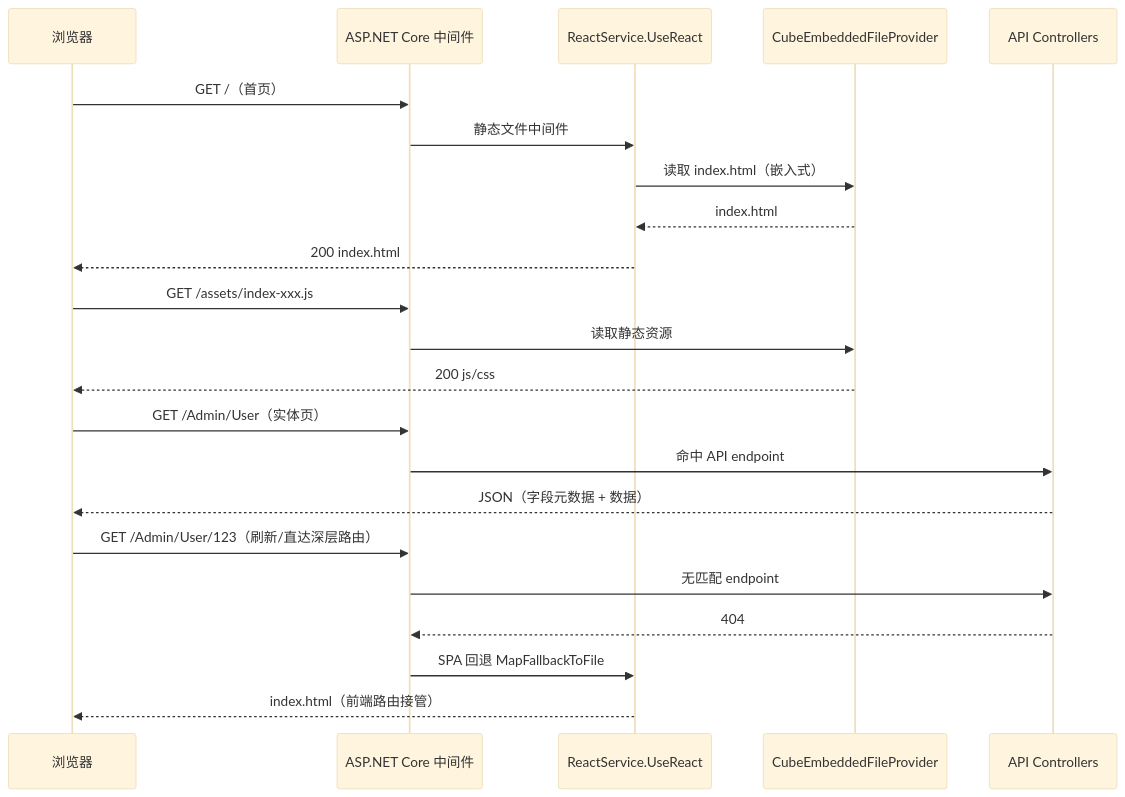
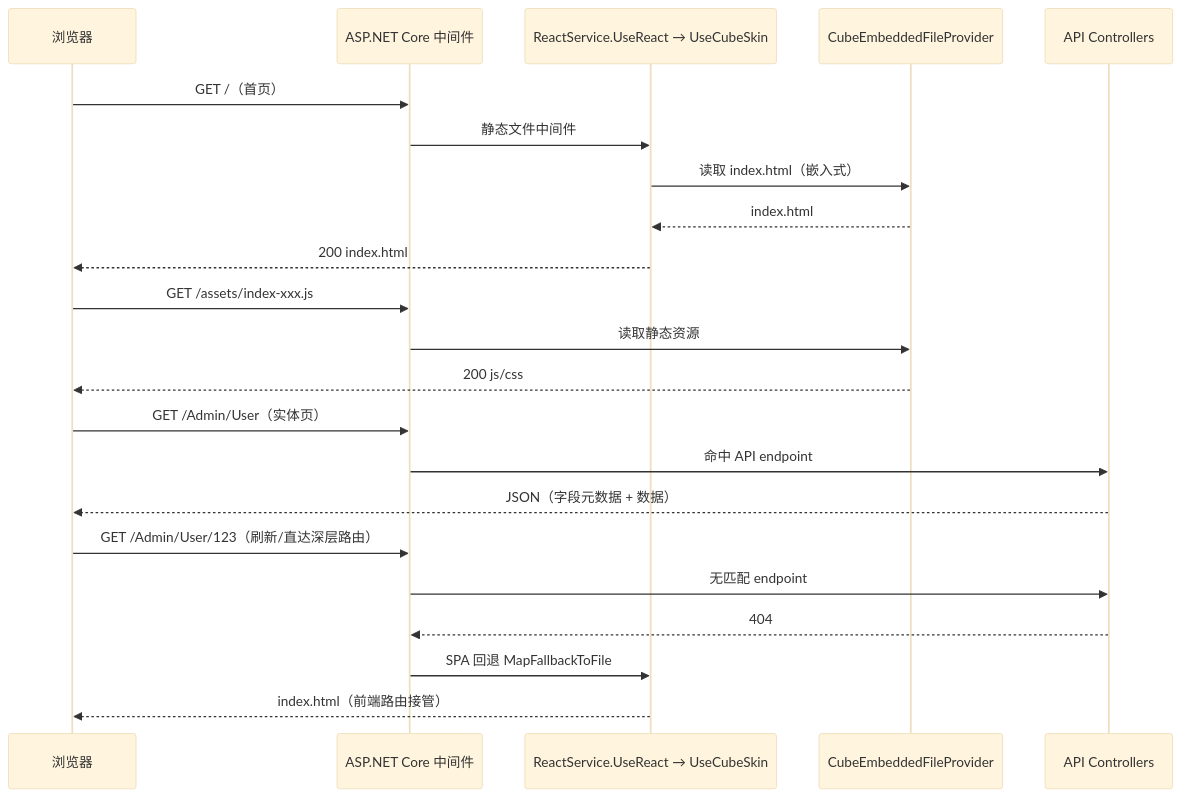
Before and after one commit to NewLifeX/NewLife.Cube.React: the second of 2 diagrams in Doc/架构设计.md, drawn with Mermaid (base theme). The commit also changed other lines of this file and 4 other files, not shown here.

````diff
--- a/Doc/架构设计.md
+++ b/Doc/架构设计.md
@@ -69,28 +69,28 @@
 ```mermaid
 sequenceDiagram
     participant B as 浏览器
     participant K as ASP.NET Core 中间件
-    participant S as ReactService.UseReact
+    participant S as ReactService.UseReact → UseCubeSkin
     participant E as CubeEmbeddedFileProvider
     participant A as API Controllers
 
     B->>K: GET /（首页）
     K->>S: 静态文件中间件
     S->>E: 读取 index.html（嵌入式）
     E-->>S: index.html
     S-->>B: 200 index.html
 
     B->>K: GET /assets/index-xxx.js
     K->>E: 读取静态资源
     E-->>B: 200 js/css
 
     B->>K: GET /Admin/User（实体页）
     K->>A: 命中 API endpoint
     A-->>B: JSON（字段元数据 + 数据）
 
     B->>K: GET /Admin/User/123（刷新/直达深层路由）
     K->>A: 无匹配 endpoint
     A-->>K: 404
     K->>S: SPA 回退 MapFallbackToFile
     S-->>B: index.html（前端路由接管）
 ```
````
